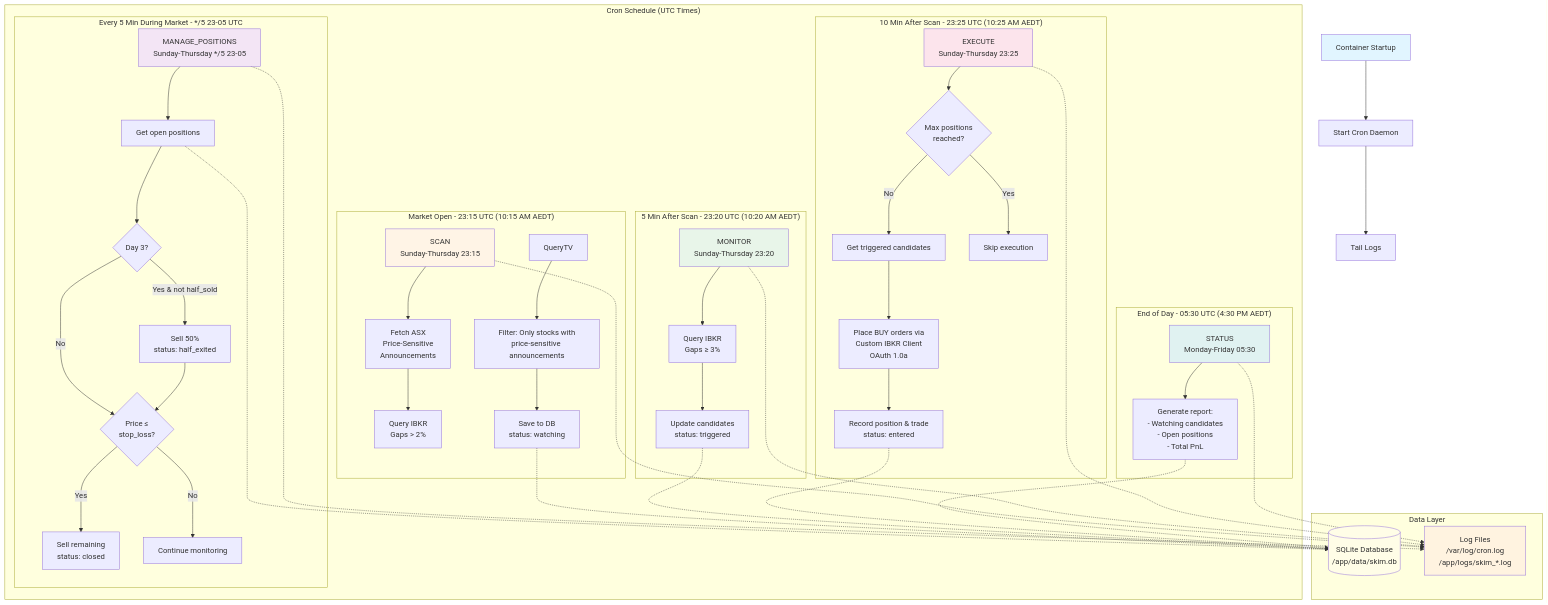
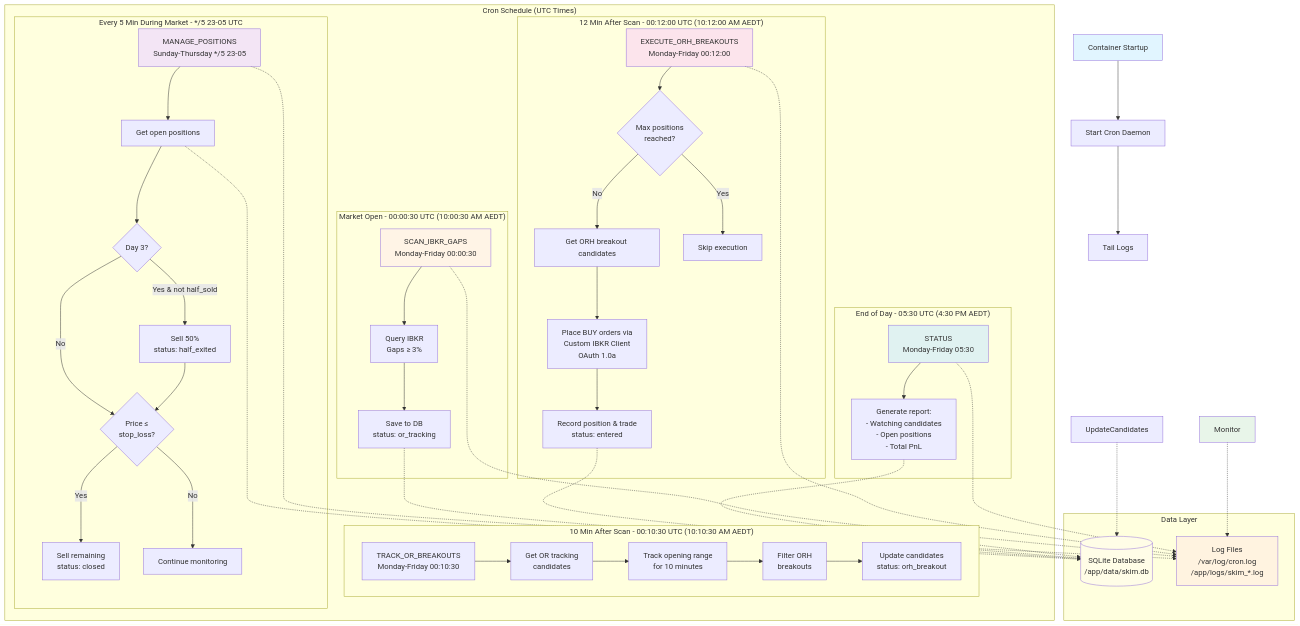
The diagram in docs/TRADING_WORKFLOW.md (dairycow/skim), drawn with Mermaid before and after one commit. The commit also changed other lines of this file and 1 other file, not shown here.

Commit message:
docs: update TRADING_WORKFLOW.md to reflect IBKR ORH-based strategy
- Update manual execution commands to use new methods (scan_ibkr_gaps, track_or_breakouts, execute_orh_breakouts)
- Update workflow diagram to show new IBKR-only strategy with opening range tracking
- Update available methods list in bot.py to include new ORH methods
- Remove outdated ASX announcement scanning references

````diff
--- a/docs/TRADING_WORKFLOW.md
+++ b/docs/TRADING_WORKFLOW.md
@@ -7,73 +7,73 @@
 ```mermaid
 graph TB
     Start[Container Startup] --> StartCron[Start Cron Daemon]
     StartCron --> TailLogs[Tail Logs]
 
     subgraph "Cron Schedule (UTC Times)"
 
-        subgraph "Market Open - 23:15 UTC (10:15 AM AEDT)"
-            Scan[SCAN<br/>Sunday-Thursday 23:15]
-            Scan --> FetchASX[Fetch ASX<br/>Price-Sensitive<br/>Announcements]
-            FetchASX --> QueryIBKR[Query IBKR<br/>Gaps > 2%]
-            QueryTV --> FilterPS[Filter: Only stocks with<br/>price-sensitive announcements]
-            FilterPS --> SaveCandidates[Save to DB<br/>status: watching]
+        subgraph "Market Open - 00:00:30 UTC (10:00:30 AM AEDT)"
+            Scan[SCAN_IBKR_GAPS<br/>Monday-Friday 00:00:30]
+            Scan --> QueryIBKR[Query IBKR<br/>Gaps ≥ 3%]
+            QueryIBKR --> SaveCandidates[Save to DB<br/>status: or_tracking]
         end
 
-        subgraph "5 Min After Scan - 23:20 UTC (10:20 AM AEDT)"
-            Monitor[MONITOR<br/>Sunday-Thursday 23:20]
-            Monitor --> CheckGaps[Query IBKR<br/>Gaps ≥ 3%]
-            CheckGaps --> UpdateCandidates[Update candidates<br/>status: triggered]
+        subgraph "10 Min After Scan - 00:10:30 UTC (10:10:30 AM AEDT)"
+            Track[TRACK_OR_BREAKOUTS<br/>Monday-Friday 00:10:30]
+            Track --> GetTracking[Get OR tracking<br/>candidates]
+            GetTracking --> TrackOR[Track opening range<br/>for 10 minutes]
+            TrackOR --> FilterBreakouts[Filter ORH<br/>breakouts]
+            FilterBreakouts --> UpdateBreakouts[Update candidates<br/>status: orh_breakout]
         end
 
-        subgraph "10 Min After Scan - 23:25 UTC (10:25 AM AEDT)"
-            Execute[EXECUTE<br/>Sunday-Thursday 23:25]
+        subgraph "12 Min After Scan - 00:12:00 UTC (10:12:00 AM AEDT)"
+            Execute[EXECUTE_ORH_BREAKOUTS<br/>Monday-Friday 00:12:00]
             Execute --> CheckMax{Max positions<br/>reached?}
-            CheckMax -->|No| GetTriggered[Get triggered candidates]
+            CheckMax -->|No| GetBreakouts[Get ORH breakout candidates]
             CheckMax -->|Yes| SkipExec[Skip execution]
-            GetTriggered --> PlaceOrders[Place BUY orders via<br/>Custom IBKR Client<br/>OAuth 1.0a]
+            GetBreakouts --> PlaceOrders[Place BUY orders via<br/>Custom IBKR Client<br/>OAuth 1.0a]
             PlaceOrders --> RecordPos[Record position & trade<br/>status: entered]
         end
 
         subgraph "Every 5 Min During Market - */5 23-05 UTC"
             Manage[MANAGE_POSITIONS<br/>Sunday-Thursday */5 23-05]
             Manage --> GetOpen[Get open positions]
             GetOpen --> CheckDay3{Day 3?}
             CheckDay3 -->|Yes & not half_sold| SellHalf[Sell 50%<br/>status: half_exited]
             CheckDay3 -->|No| CheckStop{Price ≤<br/>stop_loss?}
             SellHalf --> CheckStop
             CheckStop -->|Yes| SellAll[Sell remaining<br/>status: closed]
             CheckStop -->|No| Continue[Continue monitoring]
         end
 
         subgraph "End of Day - 05:30 UTC (4:30 PM AEDT)"
             Status[STATUS<br/>Monday-Friday 05:30]
             Status --> Report[Generate report:<br/>- Watching candidates<br/>- Open positions<br/>- Total PnL]
         end
     end
 
     subgraph "Data Layer"
         DB[(SQLite Database<br/>/app/data/skim.db)]
         Logs[Log Files<br/>/var/log/cron.log<br/>/app/logs/skim_*.log]
     end
 
     SaveCandidates -.-> DB
     UpdateCandidates -.-> DB
     RecordPos -.-> DB
     GetOpen -.-> DB
     Report -.-> DB
 
     Scan -.-> Logs
     Monitor -.-> Logs
     Execute -.-> Logs
     Manage -.-> Logs
     Status -.-> Logs
 
     style Start fill:#e1f5ff
     style Scan fill:#fff4e6
     style Monitor fill:#e8f5e9
     style Execute fill:#fce4ec
     style Manage fill:#f3e5f5
     style Status fill:#e0f2f1
     style DB fill:#fffde7
     style Logs fill:#fff3e0
 ```
````
